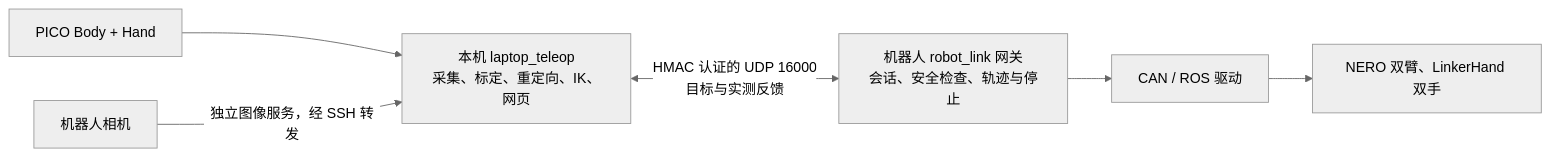
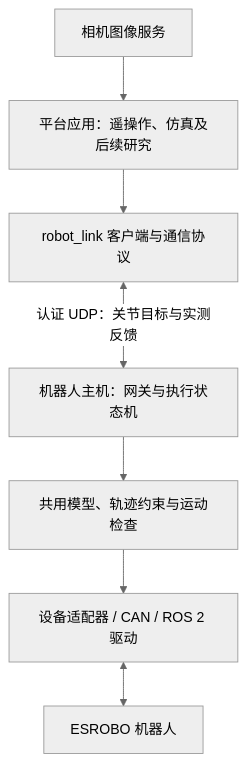
The diagram in README.md (SaluteYan/esrobo), drawn with Mermaid (neutral theme) before and after one commit. The commit also changed other lines of this file and 6 other files, not shown here.

````diff
--- a/README.md
+++ b/README.md
@@ -9,8 +34,9 @@
 ```mermaid
-flowchart LR
-    P[PICO Body + Hand] --> L[本机 laptop_teleop<br/>采集、标定、重定向、IK、网页]
-    L <-->|HMAC 认证的 UDP 16000<br/>目标与实测反馈| G[机器人 robot_link 网关<br/>会话、安全检查、轨迹与停止]
-    G --> D[CAN / ROS 驱动]
-    D --> R[NERO 双臂、LinkerHand 双手]
-    C[机器人相机] -->|独立图像服务，经 SSH 转发| L
+flowchart TB
+    A[平台应用：遥操作、仿真及后续研究] --> C[robot_link 客户端与通信协议]
+    C <-->|认证 UDP：关节目标与实测反馈| G[机器人主机：网关与执行状态机]
+    G --> M[共用模型、轨迹约束与运动检查]
+    M --> D[设备适配器 / CAN / ROS 2 驱动]
+    D <--> R[ESROBO 机器人]
+    V[相机图像服务] --> A
 ```
````
